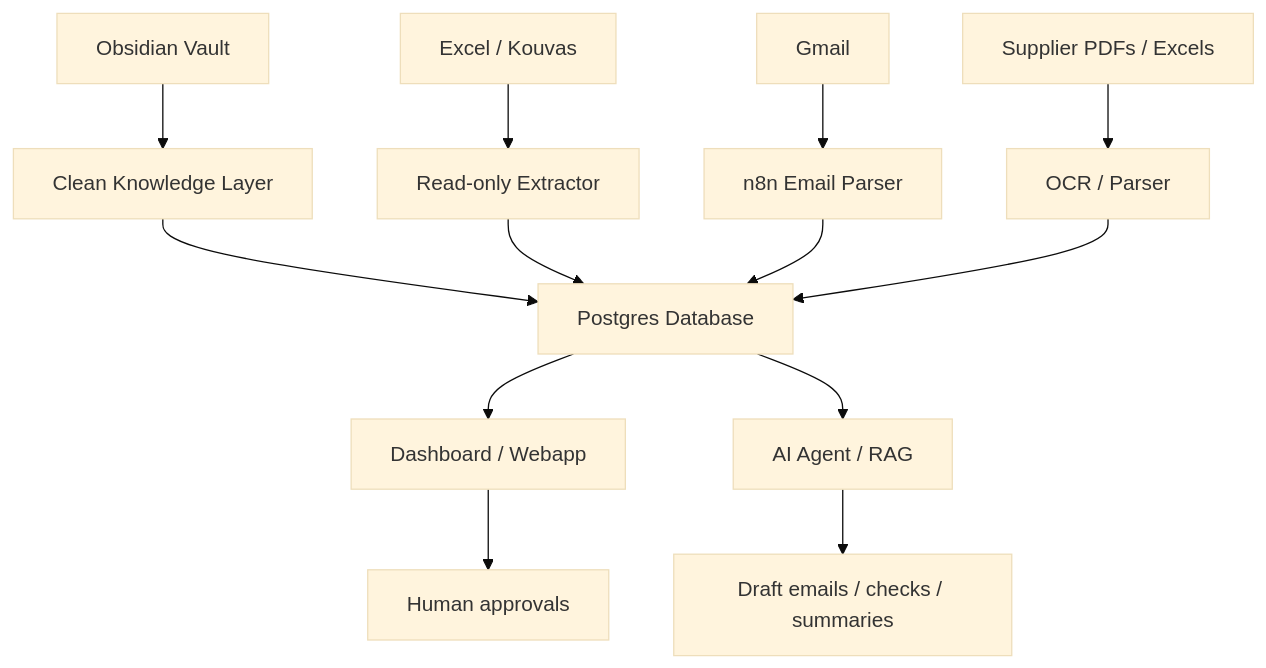
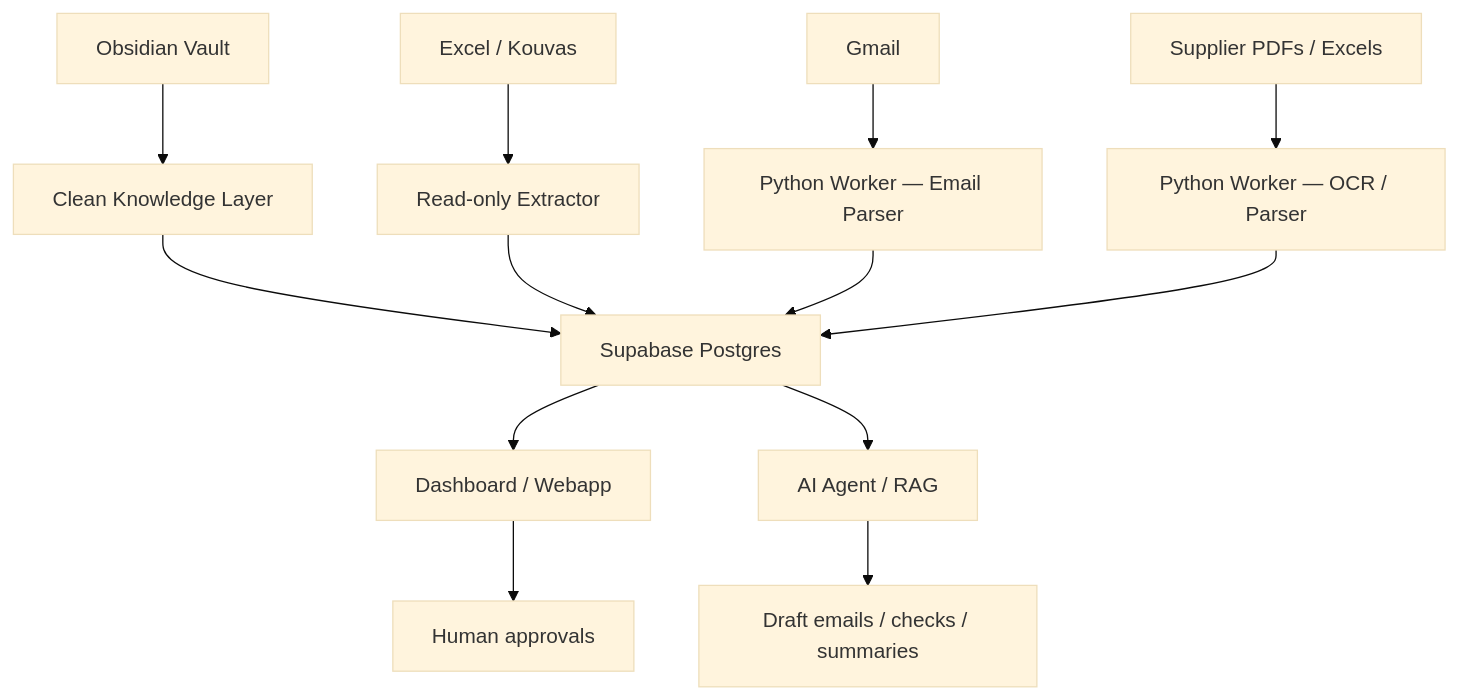
One commit to OrfeasDelis/afoi-deli-vault changed the diagram in 08_AUTOMATION_AND_AI/Automation Masterplan.md. Above: the diagram before and after it, drawn with Mermaid (base theme). The commit also changed other lines of this file and 30 other files, not shown here.

Commit message:
feat: foundation - The Heart, doctrine, Kronos, CLAUDE.md, Python worker stack, personal folders

````diff
--- a/08_AUTOMATION_AND_AI/Automation Masterplan.md
+++ b/08_AUTOMATION_AND_AI/Automation Masterplan.md
@@ -16,15 +20,15 @@
 ```mermaid
 flowchart TD
 A[Obsidian Vault] --> B[Clean Knowledge Layer]
 C[Excel / Kouvas] --> D[Read-only Extractor]
-E[Gmail] --> F[n8n Email Parser]
-G[Supplier PDFs / Excels] --> H[OCR / Parser]
-B --> I[Postgres Database]
+E[Gmail] --> F[Python Worker — Email Parser]
+G[Supplier PDFs / Excels] --> H[Python Worker — OCR / Parser]
+B --> I[Supabase Postgres]
 D --> I
 F --> I
 H --> I
 I --> J[Dashboard / Webapp]
 I --> K[AI Agent / RAG]
 K --> L[Draft emails / checks / summaries]
 J --> M[Human approvals]
 ```
````
